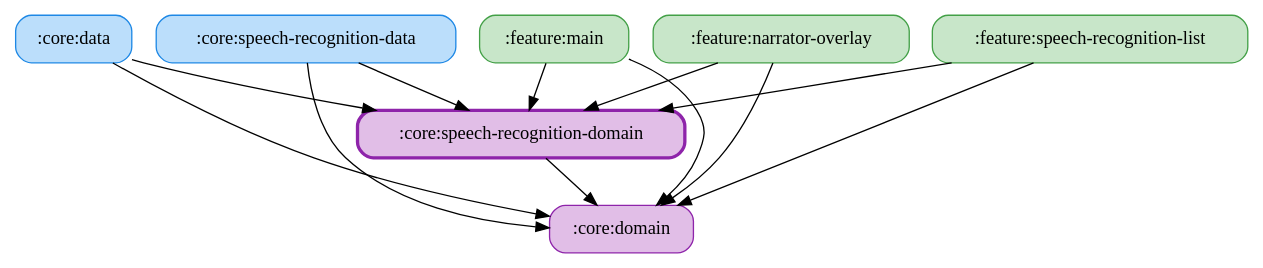
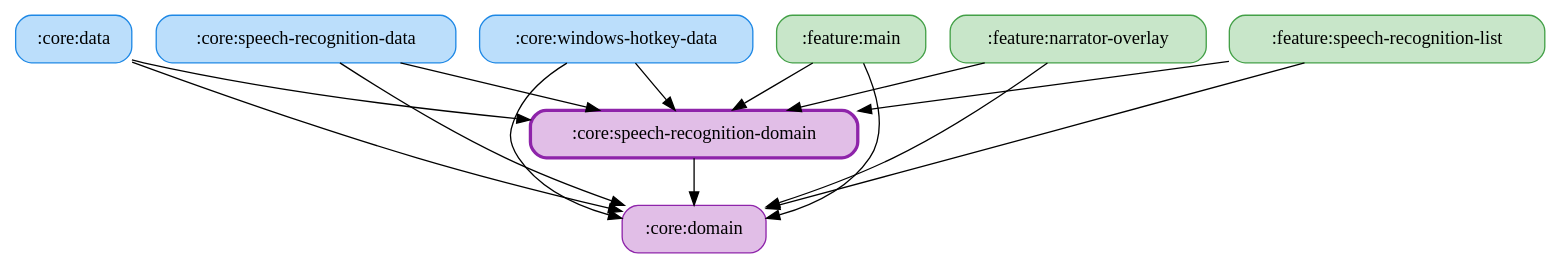
The diagram in docs/graphs/core-speech-recognition-domain.gv (ai-kurou/KoDriver), drawn with Graphviz before and after one commit. The commit also changed 7 other files, not shown here.

Commit message:
chore: update module graph images

```diff
--- a/docs/graphs/core-speech-recognition-domain.gv
+++ b/docs/graphs/core-speech-recognition-domain.gv
@@ -1,22 +1,25 @@
 digraph G {
   rankdir=TB
   node [shape=box, style="rounded,filled"]
   ":core:data" [fillcolor="#BBDEFB", color="#1E88E5", penwidth=1]
   ":core:domain" [fillcolor="#E1BEE7", color="#8E24AA", penwidth=1]
   ":core:speech-recognition-data" [fillcolor="#BBDEFB", color="#1E88E5", penwidth=1]
   ":core:speech-recognition-domain" [fillcolor="#E1BEE7", color="#8E24AA", penwidth=2.5]
+  ":core:windows-hotkey-data" [fillcolor="#BBDEFB", color="#1E88E5", penwidth=1]
   ":feature:main" [fillcolor="#C8E6C9", color="#43A047", penwidth=1]
   ":feature:narrator-overlay" [fillcolor="#C8E6C9", color="#43A047", penwidth=1]
   ":feature:speech-recognition-list" [fillcolor="#C8E6C9", color="#43A047", penwidth=1]
   ":core:data" -> ":core:domain"
   ":core:data" -> ":core:speech-recognition-domain"
   ":core:speech-recognition-data" -> ":core:domain"
   ":core:speech-recognition-data" -> ":core:speech-recognition-domain"
   ":core:speech-recognition-domain" -> ":core:domain"
+  ":core:windows-hotkey-data" -> ":core:domain"
+  ":core:windows-hotkey-data" -> ":core:speech-recognition-domain"
   ":feature:main" -> ":core:domain"
   ":feature:main" -> ":core:speech-recognition-domain"
   ":feature:narrator-overlay" -> ":core:domain"
   ":feature:narrator-overlay" -> ":core:speech-recognition-domain"
   ":feature:speech-recognition-list" -> ":core:domain"
   ":feature:speech-recognition-list" -> ":core:speech-recognition-domain"
 }
```
